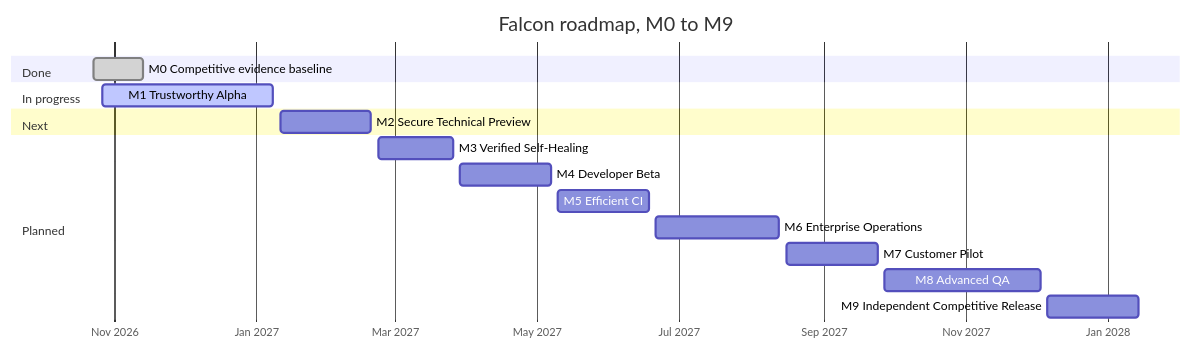
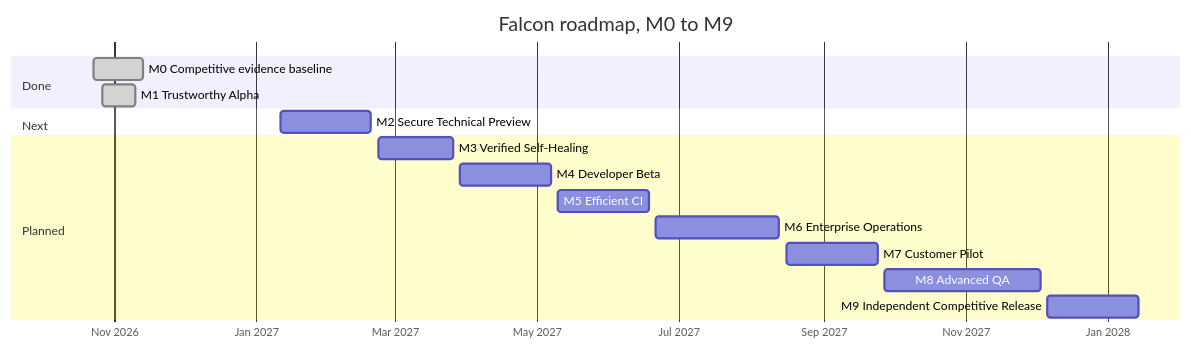
Before and after one commit to eddieir/Falcon-Automation: the first of 11 diagrams in README.md, drawn with Mermaid. The commit also changed other lines of this file and 3 other files, not shown here.

````diff
--- a/README.md
+++ b/README.md
@@ -253,26 +253,24 @@
 ```mermaid
 gantt
     title Falcon roadmap, M0 to M9
     dateFormat YYYY-MM-DD
     axisFormat %b %Y
     tickInterval 2month
     todayMarker off
 
     section Done
     M0 Competitive evidence baseline    :done, m0, 2026-10-23, 2026-11-13
-
-    section In progress
-    M1 Trustworthy Alpha                :active, m1, 2026-10-27, 2027-01-08
+    M1 Trustworthy Alpha                :done, m1, 2026-10-27, 2026-11-10
 
     section Next
     M2 Secure Technical Preview         :m2, 2027-01-11, 2027-02-19
 
     section Planned
     M3 Verified Self-Healing            :m3, 2027-02-22, 2027-03-26
     M4 Developer Beta                   :m4, 2027-03-29, 2027-05-07
     M5 Efficient CI                     :m5, 2027-05-10, 2027-06-18
     M6 Enterprise Operations            :m6, 2027-06-21, 2027-08-13
     M7 Customer Pilot                   :m7, 2027-08-16, 2027-09-24
     M8 Advanced QA                      :m8, 2027-09-27, 2027-12-03
     M9 Independent Competitive Release  :m9, 2027-12-06, 2028-01-14
 ```
````
